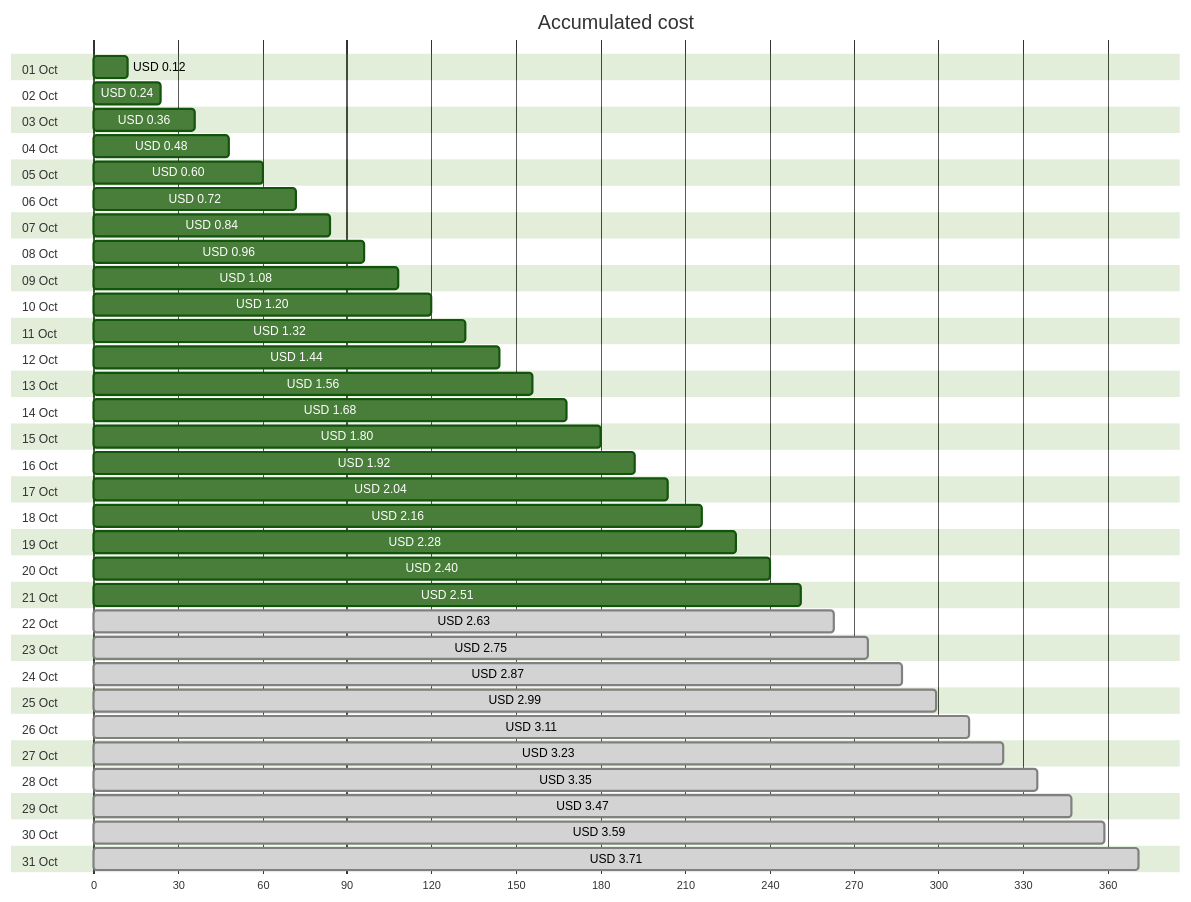
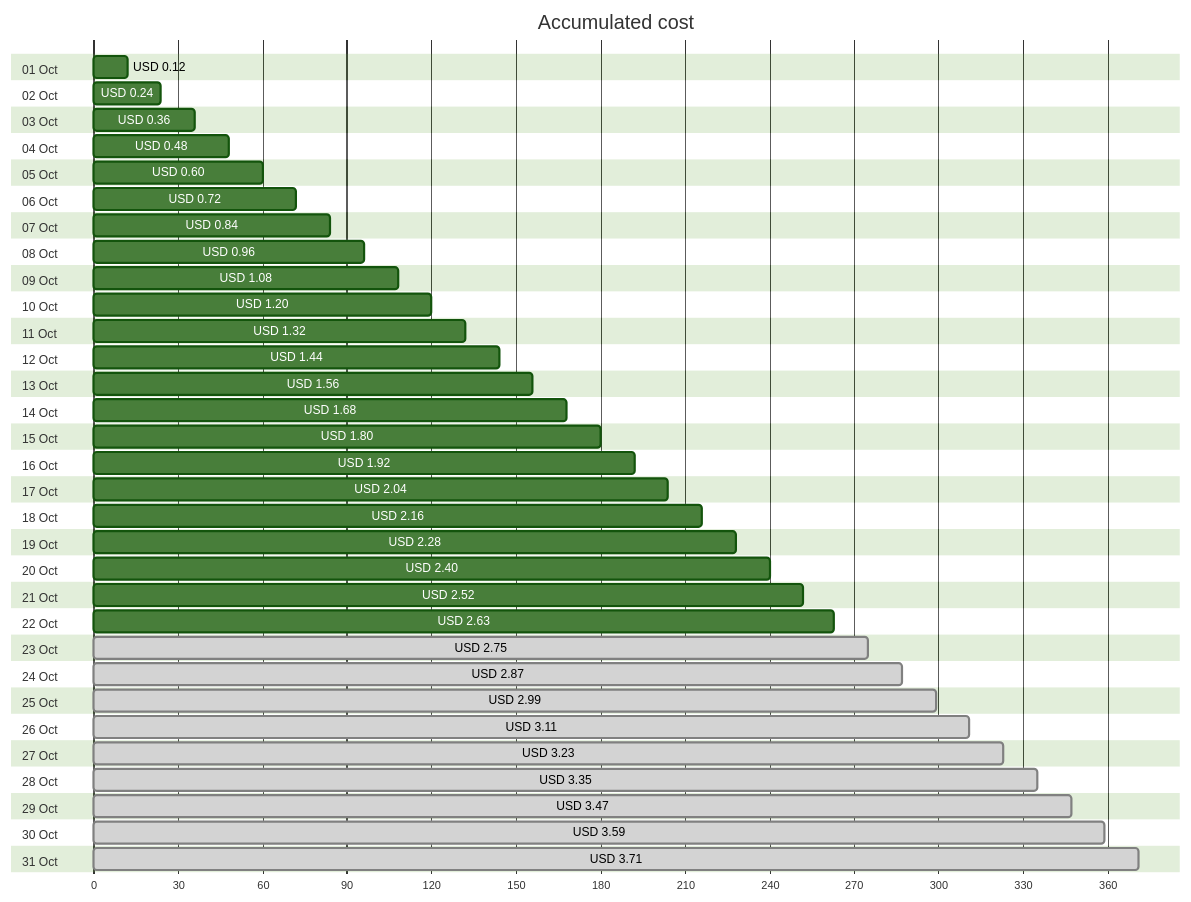
One commit to jpfulton/azure-personal-reports changed the first of 4 diagrams in cost-reports/personal-network/backup-server-public-ip.md. Above: the diagram before and after it, drawn with Mermaid (forest theme). The commit also changed other lines of this file and 8 other files, not shown here.

````diff
--- a/cost-reports/personal-network/backup-server-public-ip.md
+++ b/cost-reports/personal-network/backup-server-public-ip.md
@@ -20,68 +20,68 @@
 ```mermaid
 gantt
    title Accumulated cost
    dateFormat  X
    axisFormat %s
    section 01 Oct
    USD 0.12 :0, 12
    section 02 Oct
    USD 0.24 :0, 24
    section 03 Oct
    USD 0.36 :0, 36
    section 04 Oct
    USD 0.48 :0, 48
    section 05 Oct
    USD 0.60 :0, 60
    section 06 Oct
    USD 0.72 :0, 72
    section 07 Oct
    USD 0.84 :0, 84
    section 08 Oct
    USD 0.96 :0, 96
    section 09 Oct
    USD 1.08 :0, 108
    section 10 Oct
    USD 1.20 :0, 120
    section 11 Oct
    USD 1.32 :0, 132
    section 12 Oct
    USD 1.44 :0, 144
    section 13 Oct
    USD 1.56 :0, 156
    section 14 Oct
    USD 1.68 :0, 168
    section 15 Oct
    USD 1.80 :0, 180
    section 16 Oct
    USD 1.92 :0, 192
    section 17 Oct
    USD 2.04 :0, 204
    section 18 Oct
    USD 2.16 :0, 216
    section 19 Oct
    USD 2.28 :0, 228
    section 20 Oct
    USD 2.40 :0, 240
    section 21 Oct
-   USD 2.51 :0, 251
+   USD 2.52 :0, 252
    section 22 Oct
-   USD 2.63 : done, 0, 263
+   USD 2.63 :0, 263
    section 23 Oct
    USD 2.75 : done, 0, 275
    section 24 Oct
    USD 2.87 : done, 0, 287
    section 25 Oct
    USD 2.99 : done, 0, 299
    section 26 Oct
    USD 3.11 : done, 0, 311
    section 27 Oct
    USD 3.23 : done, 0, 323
    section 28 Oct
    USD 3.35 : done, 0, 335
    section 29 Oct
    USD 3.47 : done, 0, 347
    section 30 Oct
    USD 3.59 : done, 0, 359
    section 31 Oct
    USD 3.71 : done, 0, 371
 ```
````
